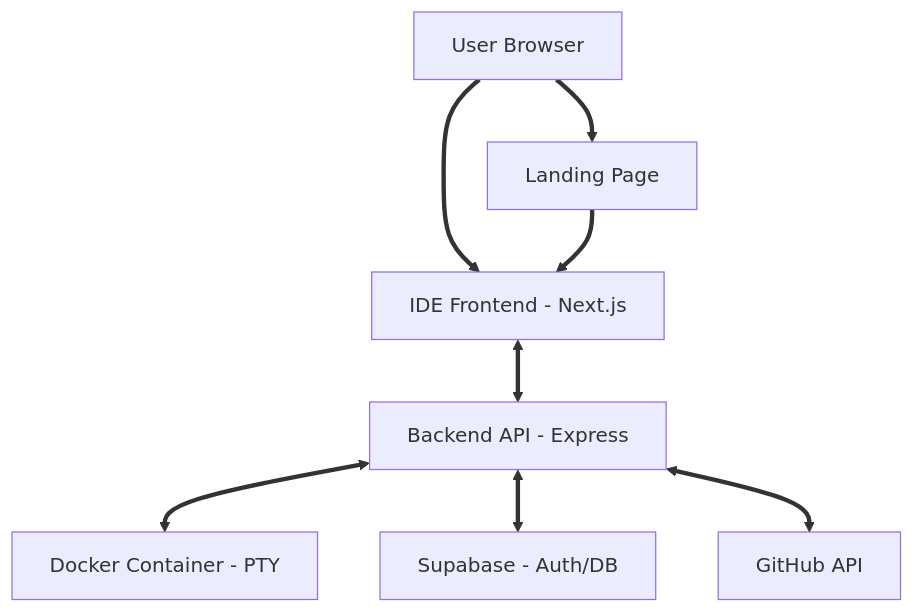
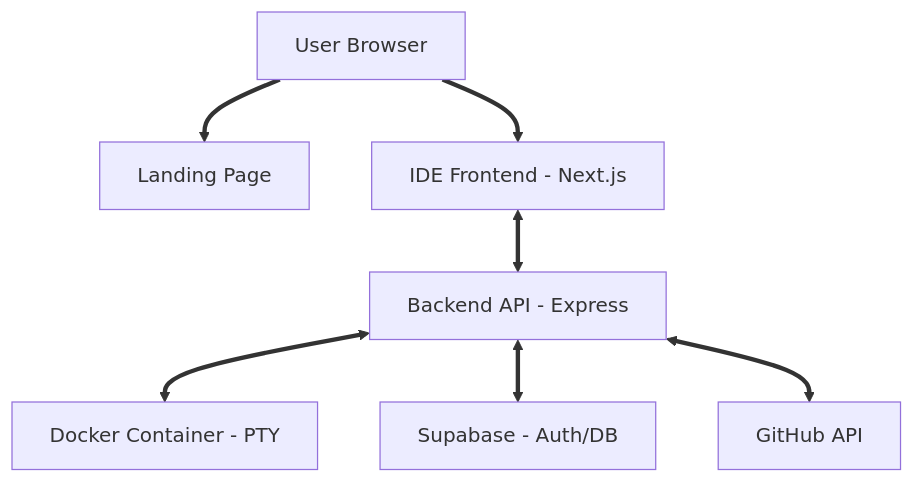
One commit to Rajani-Meet/CodeForge-Hub changed the diagram in README.md. Above: the diagram before and after it, drawn with Mermaid. The commit also changed other lines of this file, not shown here.

Commit message:
Update README by removing logo and modifying diagram
Removed logo image from the README and updated the architecture diagram.

````diff
--- a/README.md
+++ b/README.md
@@ -55,10 +54,9 @@
 ```mermaid
 graph TD
     A[User Browser] ==> B[Landing Page]
     A ==> C[IDE Frontend - Next.js]
-    B ==> C
     C <==> D[Backend API - Express]
     D <==> E[Docker Container - PTY]
     D <==> F[Supabase - Auth/DB]
     D <==> G[GitHub API]
 ```
````
